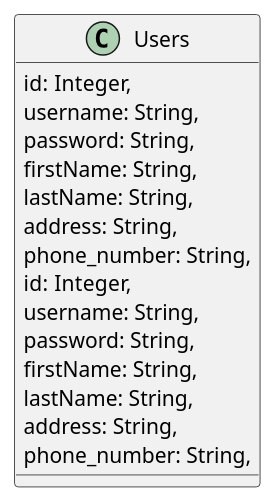
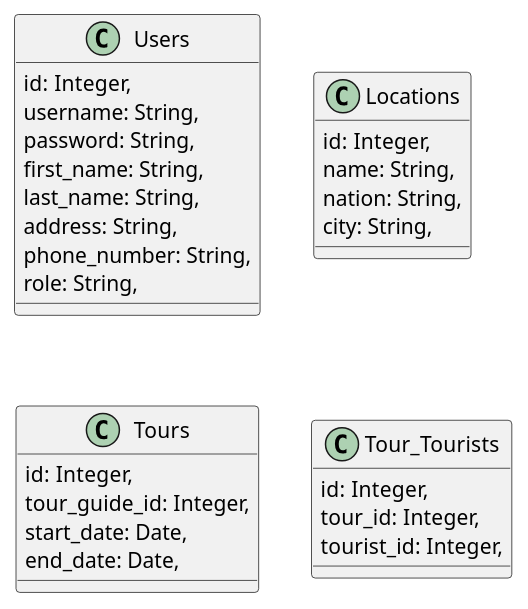
One commit to Khoitran0205/SE357-Pratice-class changed the diagram in lab1.2/class_diagram.plantuml. Above: the diagram before and after it, drawn with PlantUML.

Commit message:
update lab 1.2

```diff
--- a/lab1.2/class_diagram.plantuml
+++ b/lab1.2/class_diagram.plantuml
@@ -1,23 +1,34 @@
 @startuml Lab1.2_class_diagram
 
 class Users {
     id: Integer,
     username: String,
     password: String,
-    firstName: String,
-    lastName: String,
+    first_name: String,
+    last_name: String,
     address: String,
     phone_number: String,
+    role: String,
 }
 
-class Users {
+class Locations {
     id: Integer,
-    username: String,
-    password: String,
-    firstName: String,
-    lastName: String,
-    address: String,
-    phone_number: String,
+    name: String,
+    nation: String,
+    city: String,
+}
+
+class Tours {
+    id: Integer,
+    tour_guide_id: Integer,
+    start_date: Date,
+    end_date: Date,
+}
+
+class Tour_Tourists {
+    id: Integer,
+    tour_id: Integer,
+    tourist_id: Integer,
 }
 
 @enduml
```
